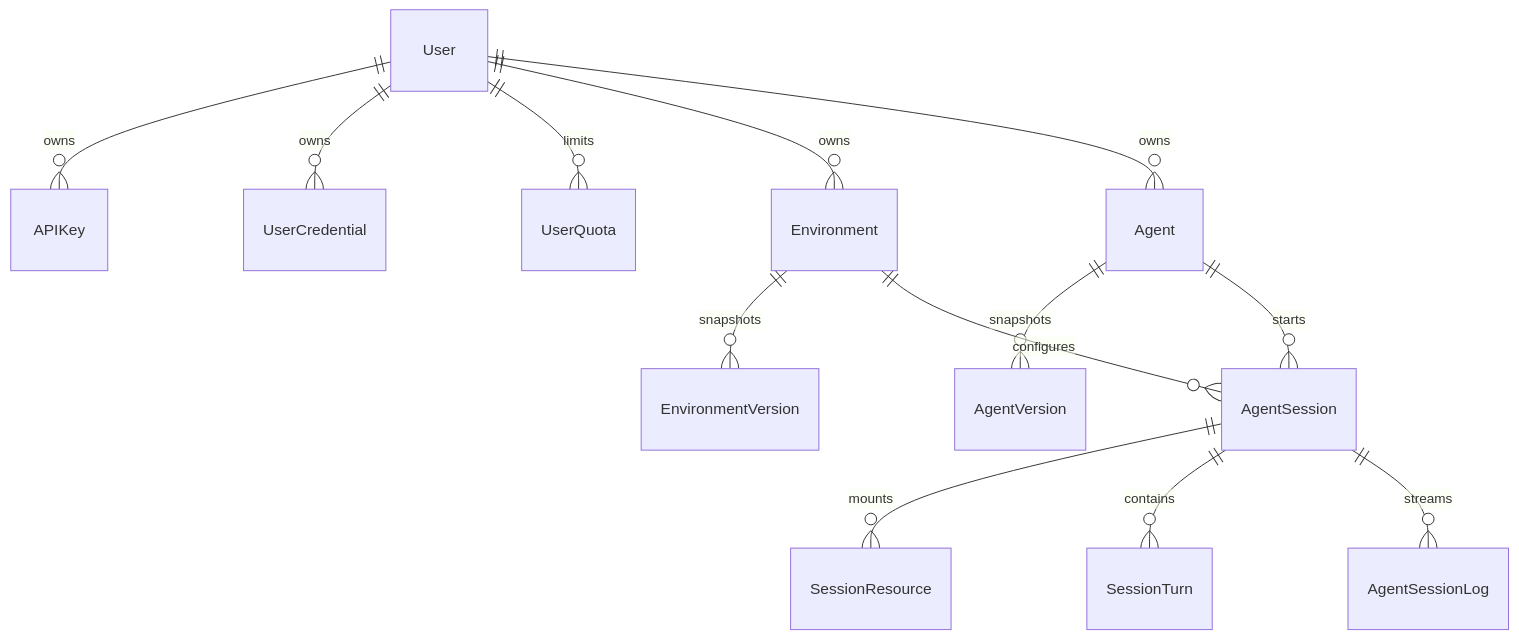
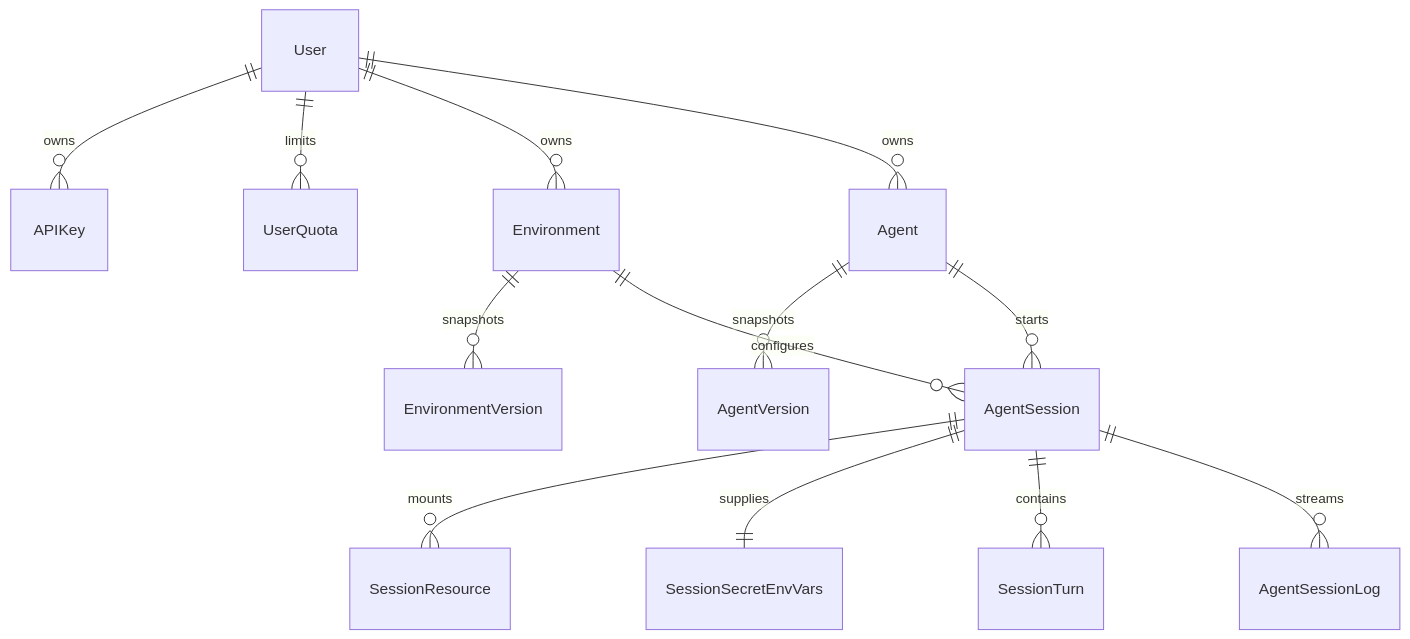
Before and after one commit to ravi-hq/agent-on-demand: the diagram in src/agent_on_demand/models/README.md, drawn with Mermaid. The commit also changed other lines of this file and 43 other files, not shown here.

Commit message:
Add session-scoped secret env vars (#364)

````diff
--- a/src/agent_on_demand/models/README.md
+++ b/src/agent_on_demand/models/README.md
@@ -6,15 +6,15 @@
 ```mermaid
 erDiagram
   User ||--o{ APIKey : owns
-  User ||--o{ UserCredential : owns
   User ||--o{ UserQuota : limits
   User ||--o{ Environment : owns
   Environment ||--o{ EnvironmentVersion : snapshots
   User ||--o{ Agent : owns
   Agent ||--o{ AgentVersion : snapshots
   Agent ||--o{ AgentSession : starts
   Environment ||--o{ AgentSession : configures
   AgentSession ||--o{ SessionResource : mounts
+  AgentSession ||--|| SessionSecretEnvVars : supplies
   AgentSession ||--o{ SessionTurn : contains
   AgentSession ||--o{ AgentSessionLog : streams
 ```
````
